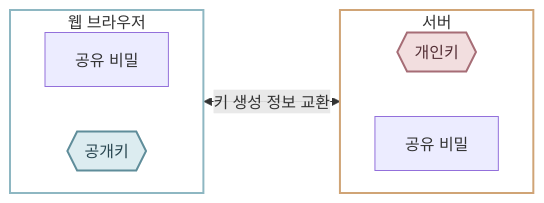
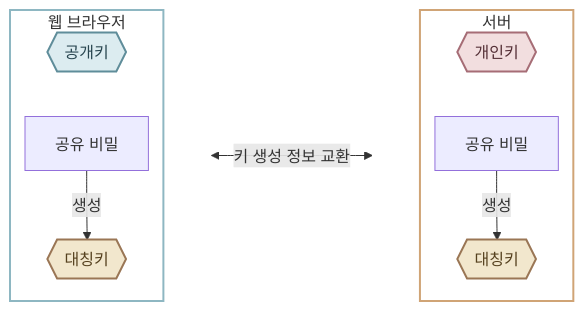
One commit to qu3vipon/the-hitchhikers-guide-to-ai changed the sixth of 7 diagrams in docs/prerequisites/https.md. Above: the diagram before and after it, drawn with Mermaid. The commit also changed other lines of this file, not shown here.

Commit message:
update https diagram

````diff
--- a/docs/prerequisites/https.md
+++ b/docs/prerequisites/https.md
@@ -164,30 +163,44 @@
     ```mermaid
-    %%{init: {"flowchart": {"rankSpacing": 20}} }%%
-    flowchart LR
-        subgraph clientGroup["웹 브라우저"]
-            direction TB
-            publicKey{{공개키}}
-            clientData[공유 비밀]
-
-            clientData ~~~ publicKey
-        end
-
+    %%{init: {"flowchart": {"nodeSpacing": 10, "rankSpacing": 20}}}%%
+    flowchart TB
         subgraph serverGroup["서버"]
             direction TB
             privateKey{{개인키}}
+            serverKey{{대칭키}}
             serverData[공유 비밀]
 
             privateKey ~~~ serverData
+            serverData -->|생성| serverKey
         end
 
-        publicKey <--> |키 생성 정보 교환| privateKey
+        subgraph EXCHANGE[" "]
+            direction LR
+            X(( )) <-->|키 생성 정보 교환| Y(( ))
+        end
+
+        subgraph clientGroup["웹 브라우저"]
+            direction TB
+            
+            clientKey{{대칭키}}
+            clientData[공유 비밀]
+            publicKey{{공개키}}
+            
+            publicKey ~~~ clientData
+            clientData -->|생성| clientKey
+        end
+
+        style X fill:none,stroke:none
+        style Y fill:none,stroke:none
+        style EXCHANGE fill:none,stroke:none
 
         classDef publicKey fill:#dcecf0,stroke:#5f8d9a,stroke-width:2px,color:#294650
         classDef privateKey fill:#f2dedf,stroke:#a66d76,stroke-width:2px,color:#542f36
+        classDef key fill:#f2e7cd,stroke:#9a7655,stroke-width:2px,color:#55401e
         classDef encrypted fill:#e8deef,stroke:#796b91,stroke-width:2px,color:#463b56
         class publicKey publicKey
         class privateKey privateKey
+        class clientKey,serverKey key
         class encryptedData encrypted
         style clientGroup fill:transparent,stroke:#8eb7c2,stroke-width:2px
         style serverGroup fill:transparent,stroke:#d0a476,stroke-width:2px
     ```
````
